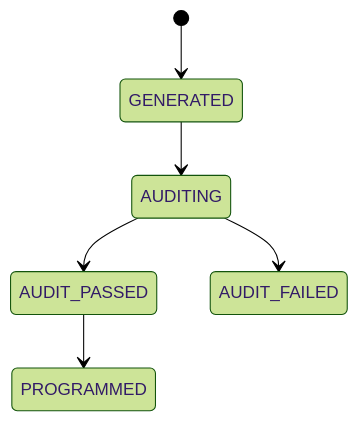
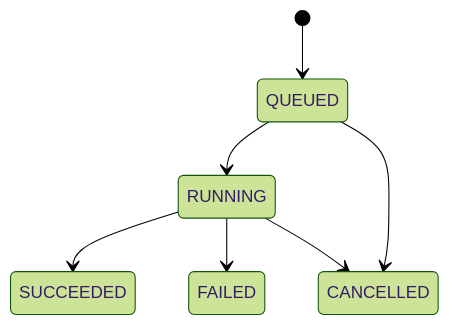
The third of 6 diagrams in docs/02_Architecture.md (PJH-02/Alpha_factory), drawn with Mermaid (forest theme) before and after one commit. The commit also changed other lines of this file and 19 other files, not shown here.

````diff
--- a/docs/02_Architecture.md
+++ b/docs/02_Architecture.md
@@ -298,8 +168,9 @@
 ```mermaid
 stateDiagram-v2
-    [*] --> GENERATED
-    GENERATED --> AUDITING
-    AUDITING --> AUDIT_PASSED
-    AUDITING --> AUDIT_FAILED
-    AUDIT_PASSED --> PROGRAMMED
+    [*] --> QUEUED
+    QUEUED --> RUNNING
+    QUEUED --> CANCELLED
+    RUNNING --> SUCCEEDED
+    RUNNING --> FAILED
+    RUNNING --> CANCELLED
 ```
````
